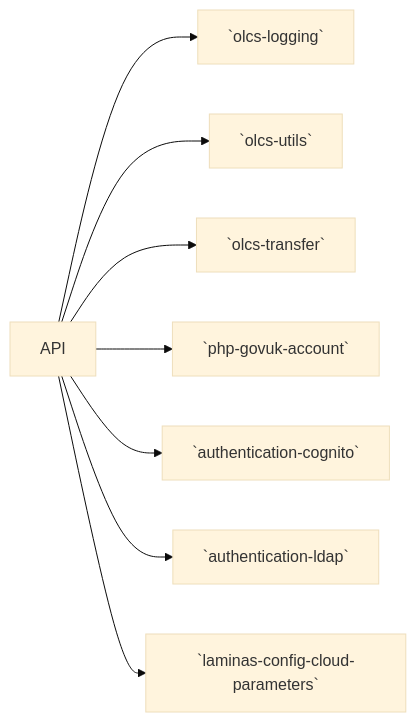
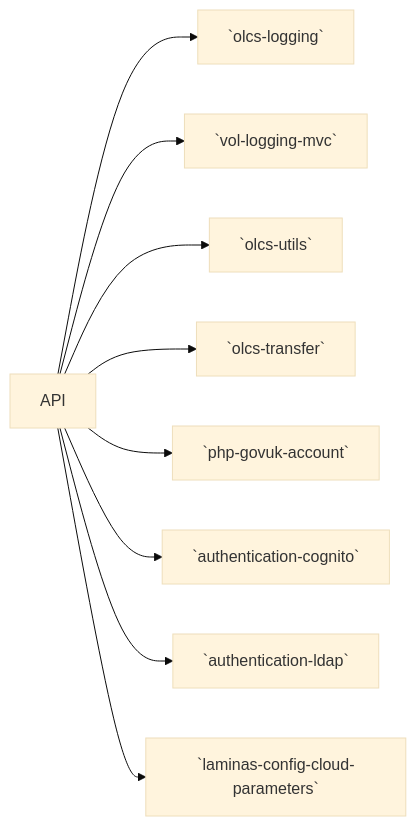
One commit to dvsa/vol-app changed the first of 2 diagrams in docs/app/overview.md. Above: the diagram before and after it, drawn with Mermaid (base theme). The commit also changed other lines of this file and 31 other files, not shown here.

First line of the commit message:
refactor: split MVC listeners out of olcs-logging into vol-logging-mvc so core allows PHP 8.5

````diff
--- a/docs/app/overview.md
+++ b/docs/app/overview.md
@@ -46,12 +47,13 @@
 ```mermaid
 flowchart LR
     api["API"]
 
     api --> `olcs-logging`
+    api --> `vol-logging-mvc`
     api --> `olcs-utils`
     api --> `olcs-transfer`
     api --> `php-govuk-account`
     api --> `authentication-cognito`
     api --> `authentication-ldap`
     api --> `laminas-config-cloud-parameters`
 ```
````
